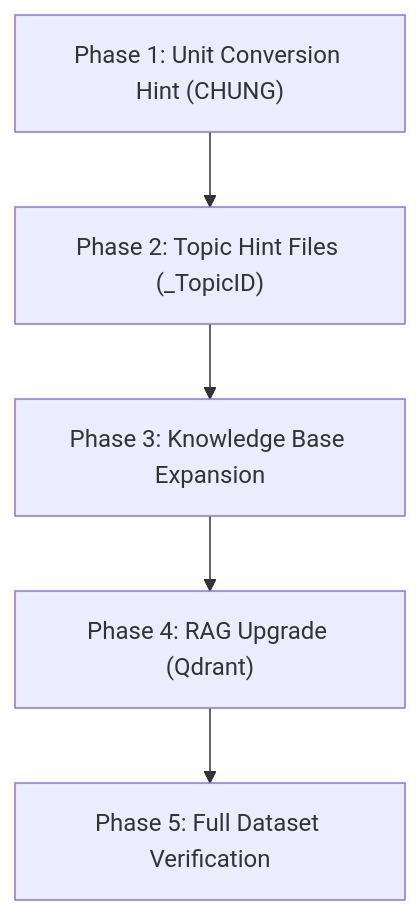
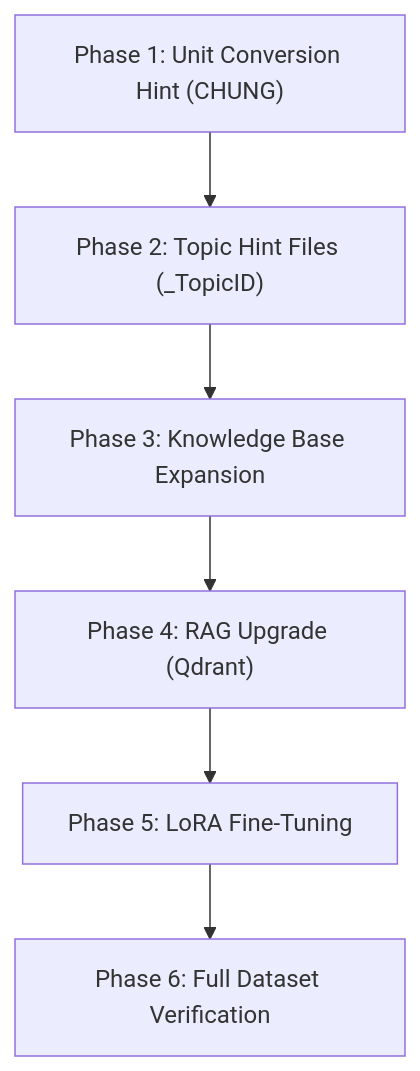
The diagram in implementation_plan.md (ngocminh1511/XAI_EXAM), drawn with Mermaid before and after one commit. The commit also changed other lines of this file and 92 other files, not shown here.

````diff
--- a/implementation_plan.md
+++ b/implementation_plan.md
@@ -249,8 +307,9 @@
 ```mermaid
 graph TD
     P1["Phase 1: Unit Conversion Hint (CHUNG)"] --> P2
     P2["Phase 2: Topic Hint Files (_TopicID)"] --> P3
     P3["Phase 3: Knowledge Base Expansion"] --> P4
     P4["Phase 4: RAG Upgrade (Qdrant)"] --> P5
-    P5["Phase 5: Full Dataset Verification"]
+    P5["Phase 5: LoRA Fine-Tuning"] --> P6
+    P6["Phase 6: Full Dataset Verification"]
 ```
````
